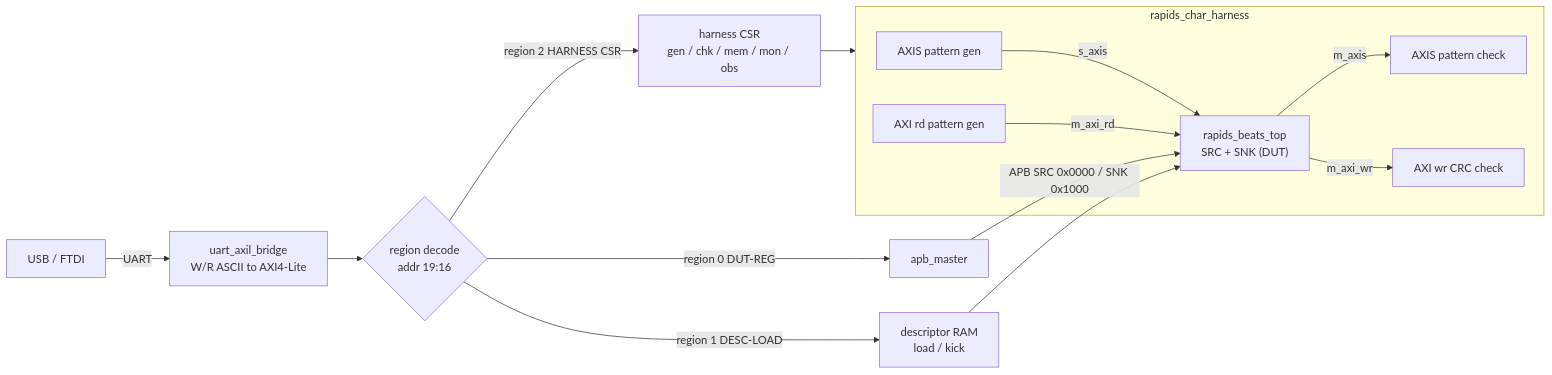
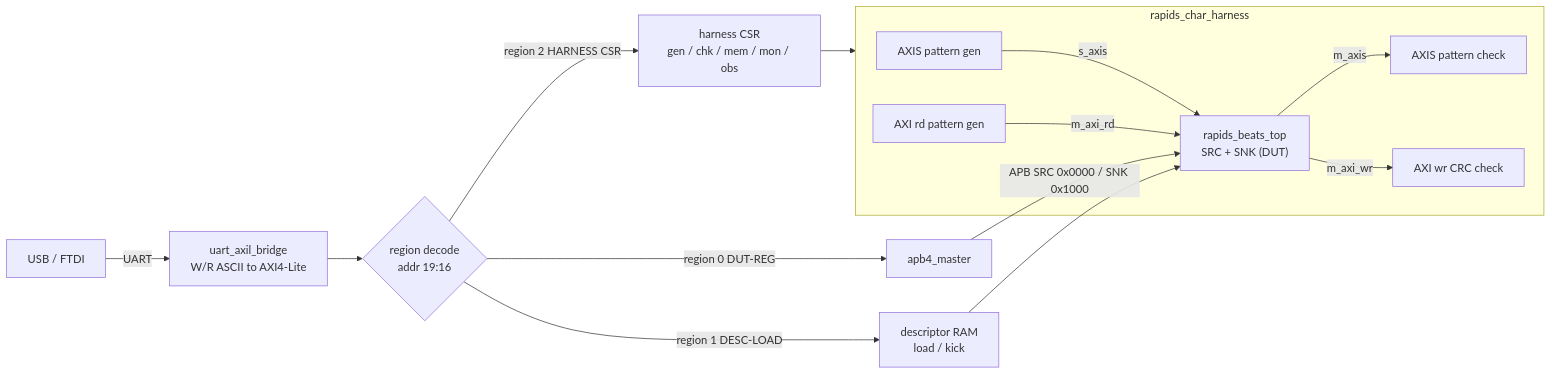
Before and after one commit to sean-galloway/RTLDesignSherpa: the diagram in projects/NexysA7/rapids_characterization/docs/rapids_char_guide/assets/mermaid/01_harness_spine.mmd, drawn with Mermaid. The commit also changed 486 other files, not shown here.

```diff
--- a/projects/NexysA7/rapids_characterization/docs/rapids_char_guide/assets/mermaid/01_harness_spine.mmd
+++ b/projects/NexysA7/rapids_characterization/docs/rapids_char_guide/assets/mermaid/01_harness_spine.mmd
@@ -1,26 +1,26 @@
 flowchart LR
     USB[USB / FTDI]
     UART["uart_axil_bridge<br/>W/R ASCII to AXI4-Lite"]
     DEC{"region decode<br/>addr 19:16"}
-    APBM[apb_master]
+    APBM[apb4_master]
     DESC["descriptor RAM<br/>load / kick"]
     CSR["harness CSR<br/>gen / chk / mem / mon / obs"]
     subgraph HARN["rapids_char_harness"]
         GEN["AXIS pattern gen"]
         DUT["rapids_beats_top<br/>SRC + SNK (DUT)"]
         CHK["AXIS pattern check"]
         RDGEN["AXI rd pattern gen"]
         WRCHK["AXI wr CRC check"]
         GEN -->|s_axis| DUT
         DUT -->|m_axis| CHK
         RDGEN -->|m_axi_rd| DUT
         DUT -->|m_axi_wr| WRCHK
     end
     USB -->|UART| UART
     UART --> DEC
     DEC -->|region 0 DUT-REG| APBM
     APBM -->|APB SRC 0x0000 / SNK 0x1000| DUT
     DEC -->|region 1 DESC-LOAD| DESC
     DESC --> DUT
     DEC -->|region 2 HARNESS CSR| CSR
     CSR --> HARN
```
